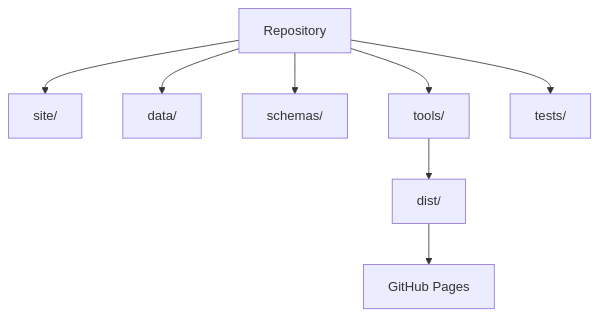
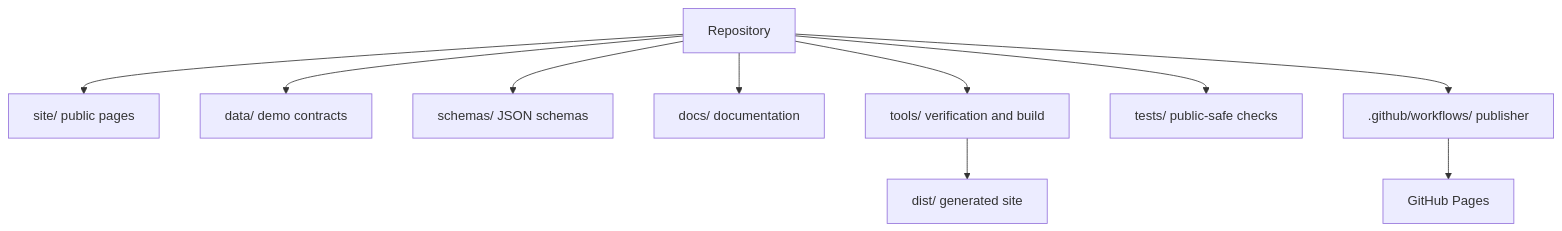
The third of 3 diagrams in dist/docs/ARCHITECTURE.md (MontrealAI/goalos-agijobmanager-ascension), drawn with Mermaid before and after one commit. The commit also changed other lines of this file and 62 other files, not shown here.

Commit message:
Upgrade repository documentation and developer experience

````diff
--- a/dist/docs/ARCHITECTURE.md
+++ b/dist/docs/ARCHITECTURE.md
@@ -5,10 +47,12 @@
 ```mermaid
 flowchart TB
-  Repo[Repository] --> Site[site/]
-  Repo --> Data[data/]
-  Repo --> Schemas[schemas/]
-  Repo --> Tools[tools/]
-  Repo --> Tests[tests/]
-  Tools --> Dist[dist/]
-  Dist --> Pages[GitHub Pages]
+  Repo[Repository] --> Site[site/ public pages]
+  Repo --> Data[data/ demo contracts]
+  Repo --> Schemas[schemas/ JSON schemas]
+  Repo --> Docs[docs/ documentation]
+  Repo --> Tools[tools/ verification and build]
+  Repo --> Tests[tests/ public-safe checks]
+  Repo --> Workflows[.github/workflows/ publisher]
+  Tools --> Dist[dist/ generated site]
+  Workflows --> Pages[GitHub Pages]
 ```
````
